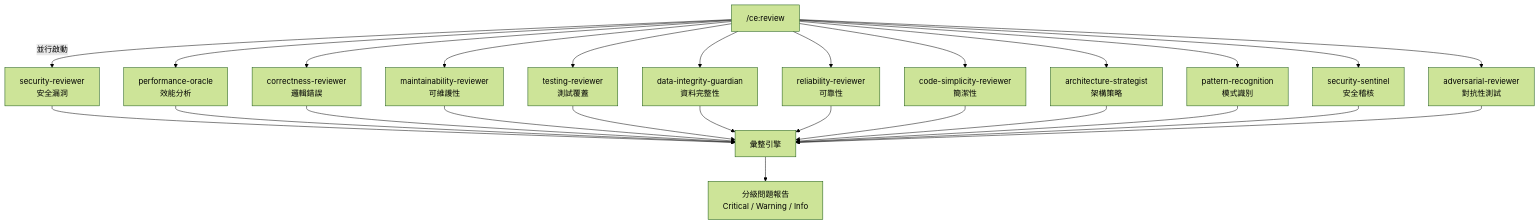
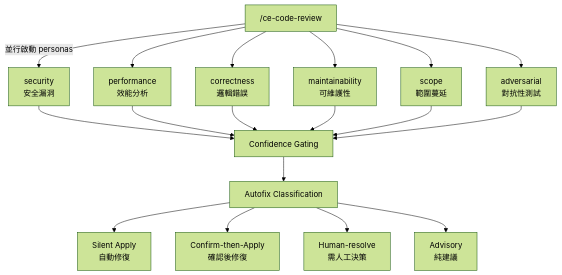
The sixth of 14 diagrams in content/posts/教學/AI開發/Compound Engineering 教學手冊.md (chihhung/Blog), drawn with Mermaid (forest theme) before and after one commit. The commit also changed other lines of this file and 22 other files, not shown here.

````diff
--- a/content/posts/教學/AI開發/Compound Engineering 教學手冊.md
+++ b/content/posts/教學/AI開發/Compound Engineering 教學手冊.md
@@ -852,30 +890,22 @@
 ```mermaid
 graph TB
-    REV["/ce:review"] --> |並行啟動| R1[security-reviewer<br/>安全漏洞]
-    REV --> R2[performance-oracle<br/>效能分析]
-    REV --> R3[correctness-reviewer<br/>邏輯錯誤]
-    REV --> R4[maintainability-reviewer<br/>可維護性]
-    REV --> R5[testing-reviewer<br/>測試覆蓋]
-    REV --> R6[data-integrity-guardian<br/>資料完整性]
-    REV --> R7[reliability-reviewer<br/>可靠性]
-    REV --> R8[code-simplicity-reviewer<br/>簡潔性]
-    REV --> R9[architecture-strategist<br/>架構策略]
-    REV --> R10[pattern-recognition<br/>模式識別]
-    REV --> R11[security-sentinel<br/>安全稽核]
-    REV --> R12[adversarial-reviewer<br/>對抗性測試]
+    REV["/ce-code-review"] --> |並行啟動 personas| R1[security<br/>安全漏洞]
+    REV --> R2[performance<br/>效能分析]
+    REV --> R3[correctness<br/>邏輯錯誤]
+    REV --> R4[maintainability<br/>可維護性]
+    REV --> R5[scope<br/>範圍蔓延]
+    REV --> R6[adversarial<br/>對抗性測試]
 
-    R1 --> SYN[彙整引擎]
-    R2 --> SYN
-    R3 --> SYN
-    R4 --> SYN
-    R5 --> SYN
-    R6 --> SYN
-    R7 --> SYN
-    R8 --> SYN
-    R9 --> SYN
-    R10 --> SYN
-    R11 --> SYN
-    R12 --> SYN
+    R1 --> CONF[Confidence Gating]
+    R2 --> CONF
+    R3 --> CONF
+    R4 --> CONF
+    R5 --> CONF
+    R6 --> CONF
 
-    SYN --> RPT[分級問題報告<br/>Critical / Warning / Info]
+    CONF --> CLASS[Autofix Classification]
+    CLASS --> S[Silent Apply<br/>自動修復]
+    CLASS --> C[Confirm-then-Apply<br/>確認後修復]
+    CLASS --> H[Human-resolve<br/>需人工決策]
+    CLASS --> A[Advisory<br/>純建議]
 ```
````
